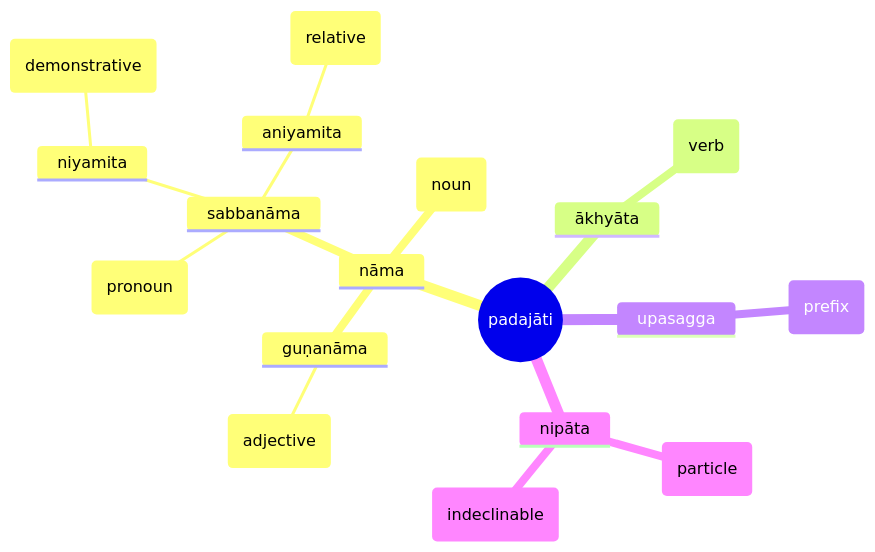
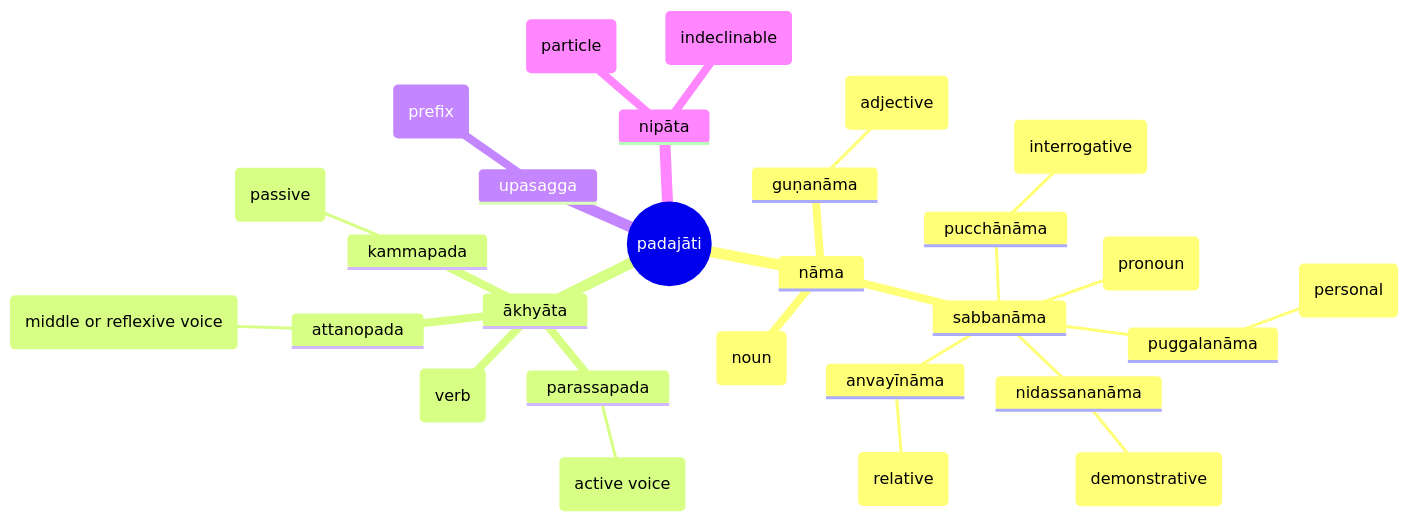
Before and after one commit to ChristineTham/buddhavacana: the second of 4 diagrams in content/en/docs/Pali/grammar.md, drawn with Mermaid. The commit also changed other lines of this file and 2 other files, not shown here.

````diff
--- a/content/en/docs/Pali/grammar.md
+++ b/content/en/docs/Pali/grammar.md
@@ -32,21 +32,31 @@
 ```mermaid
 mindmap
   id((padajāti))
    nāma
       id(noun)
       guṇanāma
         id(adjective)
       sabbanāma
         id(pronoun)
-        niyamita
+        puggalanāma
+          id(personal)
+        nidassananāma
           id(demonstrative)
-        aniyamita
+        anvayīnāma
           id(relative)
+        pucchānāma
+          id(interrogative)
    ākhyāta
       id(verb)
+      parassapada
+        id(active voice)
+      attanopada
+        id(middle or reflexive voice)
+      kammapada
+        id(passive)
    upasagga
       id(prefix)
    nipāta
       id(particle)
       id(indeclinable)
 ```
````
